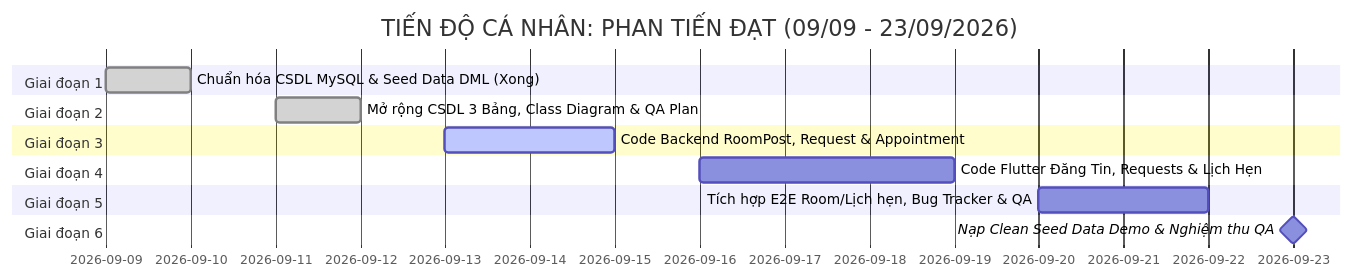
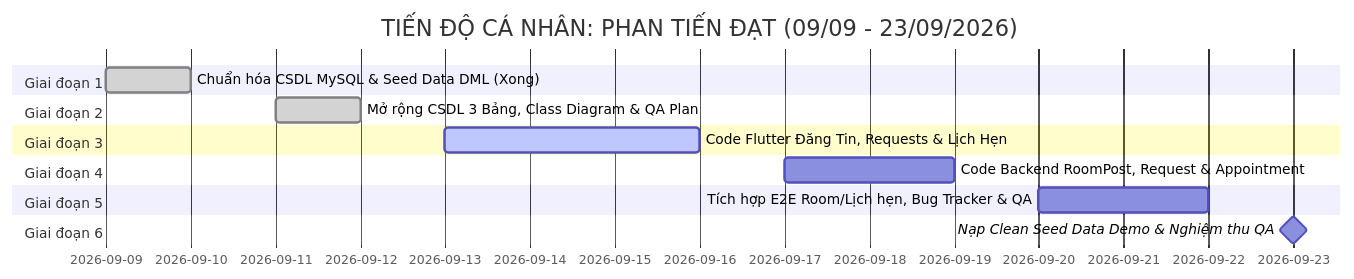
The diagram in TASKS_TIEN_DAT.md (PHamHuy-23/Roomate-and-matching-app), drawn with Mermaid before and after one commit. The commit also changed other lines of this file and 3 other files, not shown here.

````diff
--- a/TASKS_TIEN_DAT.md
+++ b/TASKS_TIEN_DAT.md
@@ -26,17 +27,17 @@
 ```mermaid
 gantt
     title TIẾN ĐỘ CÁ NHÂN: PHAN TIẾN ĐẠT (09/09 - 23/09/2026)
     dateFormat  YYYY-MM-DD
     section Giai đoạn 1
     Chuẩn hóa CSDL MySQL & Seed Data DML (Xong)  :done, td1, 2026-09-09, 2026-09-10
     section Giai đoạn 2
     Mở rộng CSDL 3 Bảng, Class Diagram & QA Plan :done, td2, 2026-09-11, 2026-09-12
     section Giai đoạn 3
-    Code Backend RoomPost, Request & Appointment :active, td3, 2026-09-13, 2026-09-15
+    Code Flutter Đăng Tin, Requests & Lịch Hẹn   :active, td3, 2026-09-13, 2026-09-16
     section Giai đoạn 4
-    Code Flutter Đăng Tin, Requests & Lịch Hẹn   :td4, 2026-09-16, 2026-09-19
+    Code Backend RoomPost, Request & Appointment :td4, 2026-09-17, 2026-09-19
     section Giai đoạn 5
     Tích hợp E2E Room/Lịch hẹn, Bug Tracker & QA :td5, 2026-09-20, 2026-09-22
     section Giai đoạn 6
     Nạp Clean Seed Data Demo & Nghiệm thu QA     :milestone, td6, 2026-09-23, 2026-09-23
 ```
````
